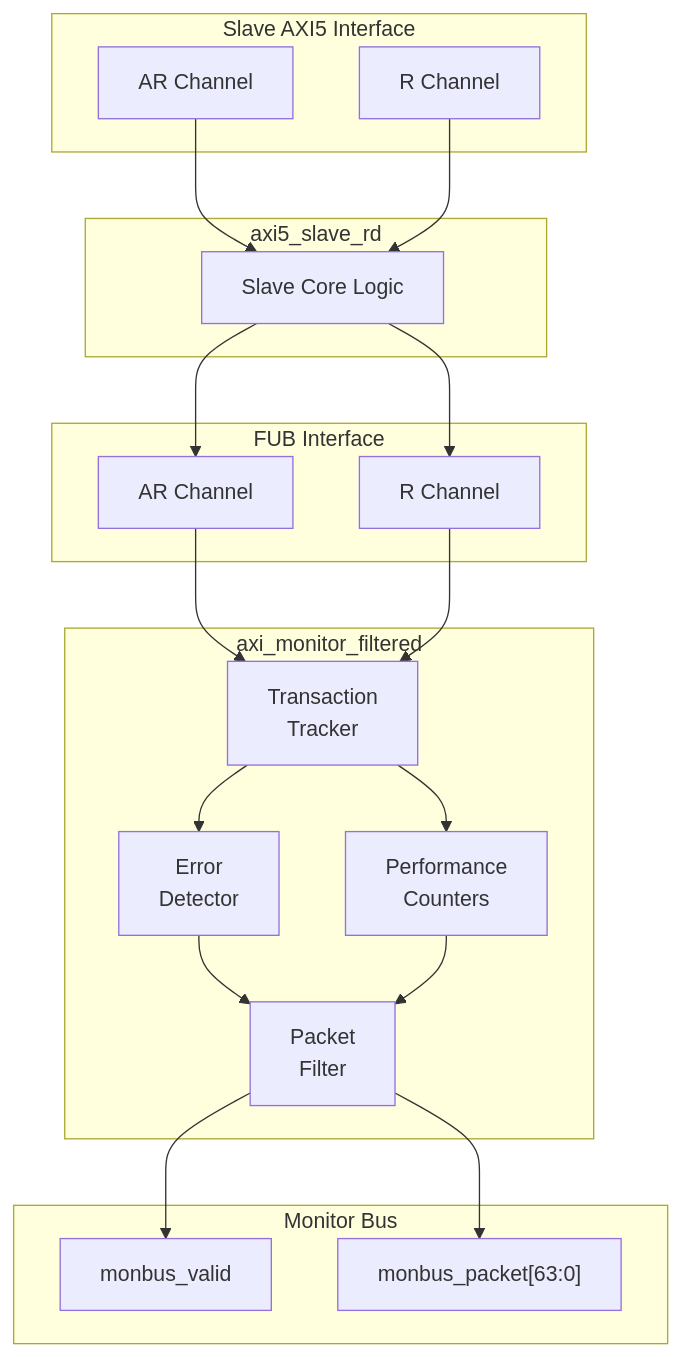
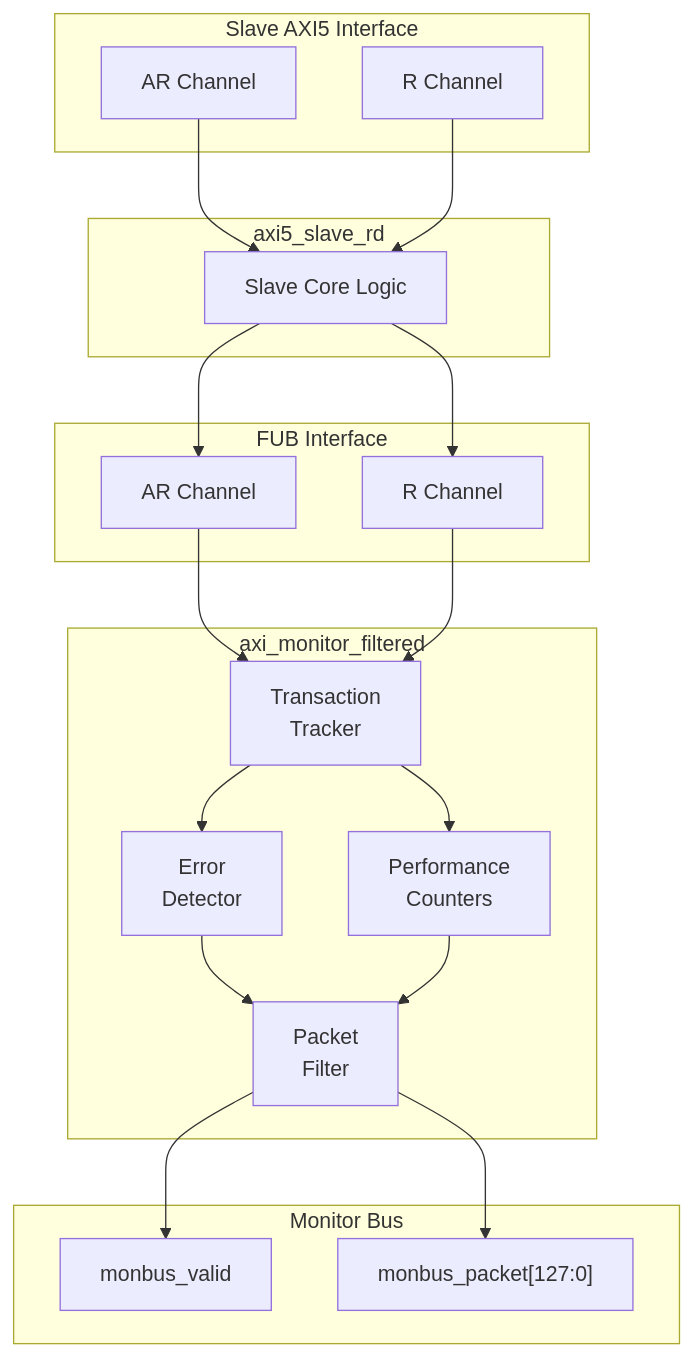
Before and after one commit to sean-galloway/RTLDesignSherpa: the diagram in docs/markdown/rtl-amba/axi5/axi5_slave_rd_mon.md, drawn with Mermaid. The commit also changed other lines of this file and 16 other files, not shown here.

````diff
--- a/docs/markdown/rtl-amba/axi5/axi5_slave_rd_mon.md
+++ b/docs/markdown/rtl-amba/axi5/axi5_slave_rd_mon.md
@@ -52,41 +52,41 @@
 ```mermaid
 flowchart TB
     subgraph SLAVE["Slave AXI5 Interface"]
         s_ar["AR Channel"]
         s_r["R Channel"]
     end
 
     subgraph CORE["axi5_slave_rd"]
         slave["Slave Core Logic"]
     end
 
     subgraph MONITOR["axi_monitor_filtered"]
         tracker["Transaction<br/>Tracker"]
         detector["Error<br/>Detector"]
         perf["Performance<br/>Counters"]
         filter["Packet<br/>Filter"]
     end
 
     subgraph FUB["FUB Interface"]
         fub_ar["AR Channel"]
         fub_r["R Channel"]
     end
 
     subgraph MONBUS["Monitor Bus"]
         mon_valid["monbus_valid"]
-        mon_packet["monbus_packet[63:0]"]
+        mon_packet["monbus_packet[127:0]"]
     end
 
     s_ar --> slave
     s_r --> slave
     slave --> fub_ar
     slave --> fub_r
     fub_ar --> tracker
     fub_r --> tracker
     tracker --> detector
     tracker --> perf
     detector --> filter
     perf --> filter
     filter --> mon_valid
     filter --> mon_packet
 ```
````
